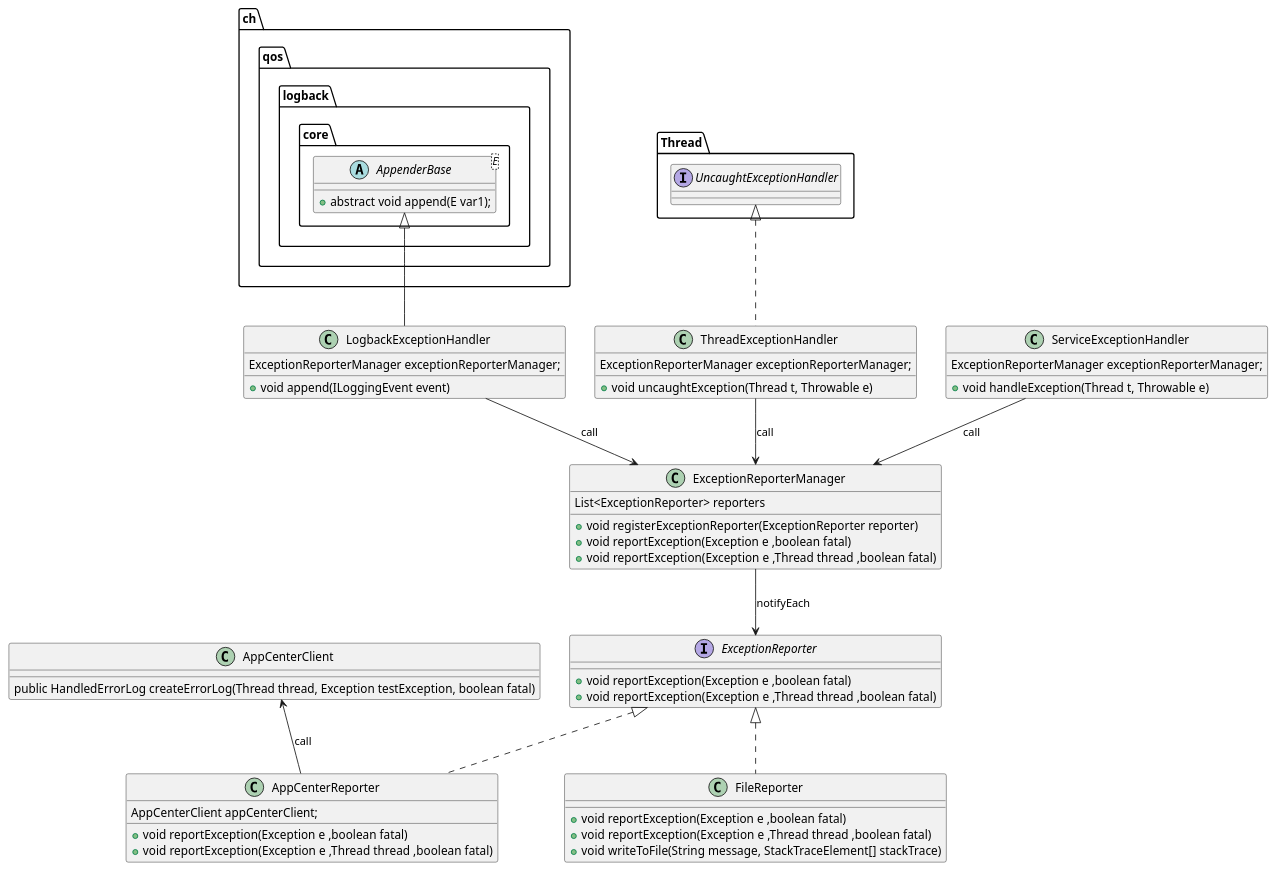
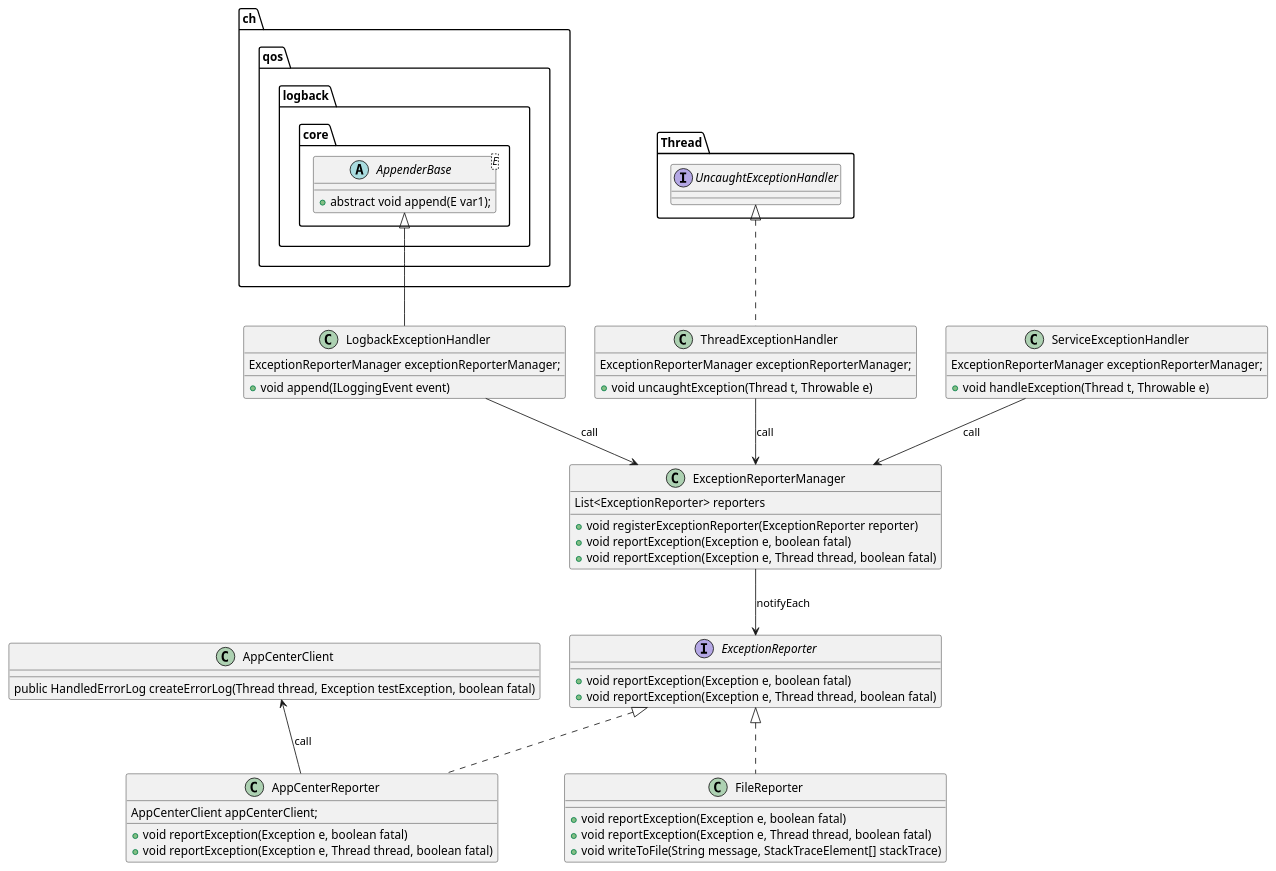
The diagram in agent/doc/UML/hydra_lab_exception_monitor_design.puml (microsoft/HydraLab), drawn with PlantUML before and after one commit. The commit also changed 1 other file, not shown here.

```diff
--- a/agent/doc/UML/hydra_lab_exception_monitor_design.puml
+++ b/agent/doc/UML/hydra_lab_exception_monitor_design.puml
@@ -1,58 +1,58 @@
 @startuml exception_monitor
 interface ExceptionReporter {
-    + void reportException(Exception e ,boolean fatal)
-    + void reportException(Exception e ,Thread thread ,boolean fatal)
+    + void reportException(Exception e, boolean fatal)
+    + void reportException(Exception e, Thread thread, boolean fatal)
 }
 
 class ExceptionReporterManager {
     List<ExceptionReporter> reporters
     + void registerExceptionReporter(ExceptionReporter reporter)
-    + void reportException(Exception e ,boolean fatal)
-    + void reportException(Exception e ,Thread thread ,boolean fatal)
+    + void reportException(Exception e, boolean fatal)
+    + void reportException(Exception e, Thread thread, boolean fatal)
 }
 
 class AppCenterReporter implements ExceptionReporter {
     AppCenterClient appCenterClient;
 
-    + void reportException(Exception e ,boolean fatal)
-    + void reportException(Exception e ,Thread thread ,boolean fatal)
+    + void reportException(Exception e, boolean fatal)
+    + void reportException(Exception e, Thread thread, boolean fatal)
 }
 
 
 class FileReporter implements ExceptionReporter {
-    + void reportException(Exception e ,boolean fatal)
-    + void reportException(Exception e ,Thread thread ,boolean fatal)
+    + void reportException(Exception e, boolean fatal)
+    + void reportException(Exception e, Thread thread, boolean fatal)
     + void writeToFile(String message, StackTraceElement[] stackTrace)
 }
 
 class AppCenterClient{
     public HandledErrorLog createErrorLog(Thread thread, Exception testException, boolean fatal)
 }
 
 AppCenterClient <-- AppCenterReporter : call
 
 abstract class ch.qos.logback.core.AppenderBase<E> {
     + abstract void append(E var1);
 }
 
 class LogbackExceptionHandler extends ch.qos.logback.core.AppenderBase {
     ExceptionReporterManager exceptionReporterManager;
     + void append(ILoggingEvent event)
 }
 
 class ThreadExceptionHandler implements Thread.UncaughtExceptionHandler {
     ExceptionReporterManager exceptionReporterManager;
     + void uncaughtException(Thread t, Throwable e)
 }
 
 class ServiceExceptionHandler {
     ExceptionReporterManager exceptionReporterManager;
     + void handleException(Thread t, Throwable e)
 }
 
 LogbackExceptionHandler --> ExceptionReporterManager : call
 ThreadExceptionHandler --> ExceptionReporterManager : call
 ServiceExceptionHandler --> ExceptionReporterManager : call
 
 ExceptionReporterManager --> ExceptionReporter : notifyEach
 @enduml
```
